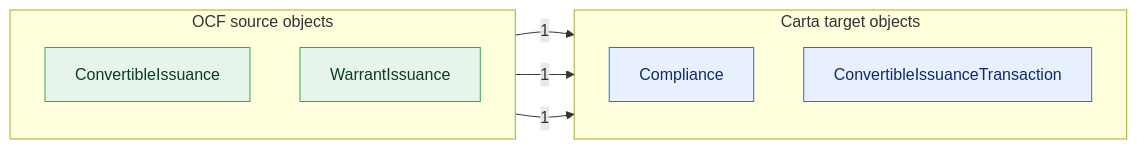
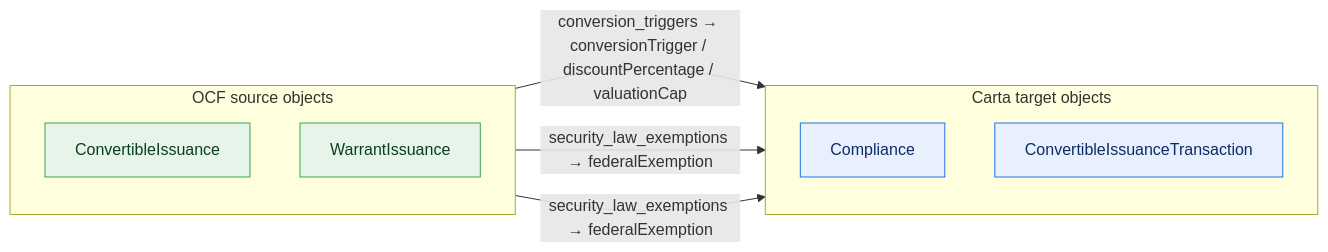
The third of 10 diagrams in core-rich/core-upstream.md (Open-Cap-Table-Coalition/OCF-Composed-Schemas), drawn with Mermaid before and after one commit. The commit also changed other lines of this file and 4 other files, not shown here.

First line of the commit message:
OCF Core: label loss-diagram edges with the property flowing

````diff
--- a/core-rich/core-upstream.md
+++ b/core-rich/core-upstream.md
@@ -62,20 +65,20 @@
 ```mermaid
 flowchart LR
   classDef adm fill:#e6f4ea,stroke:#34a853,color:#0b3d20;
   classDef notadm fill:#f1f3f4,stroke:#9aa0a6,color:#5f6368,stroke-dasharray:4 3;
   classDef carta fill:#e8f0fe,stroke:#1a73e8,color:#0d2b66;
   classDef sink fill:#fce8e6,stroke:#d93025,color:#5c0d06;
   subgraph SRC["OCF source objects"]
     direction TB
     o0["ConvertibleIssuance"]:::adm
     o1["WarrantIssuance"]:::adm
   end
   subgraph TGT["Carta target objects"]
     direction TB
     t0["Compliance"]:::carta
     t1["ConvertibleIssuanceTransaction"]:::carta
   end
-  o0 -->|1| t1
-  o0 -->|1| t0
-  o1 -->|1| t0
+  o0 -->|"conversion_triggers → conversionTrigger / discountPercentage / valuationCap"| t1
+  o0 -->|"security_law_exemptions → federalExemption"| t0
+  o1 -->|"security_law_exemptions → federalExemption"| t0
 ```
````
